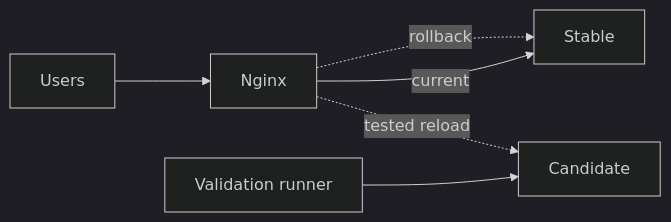
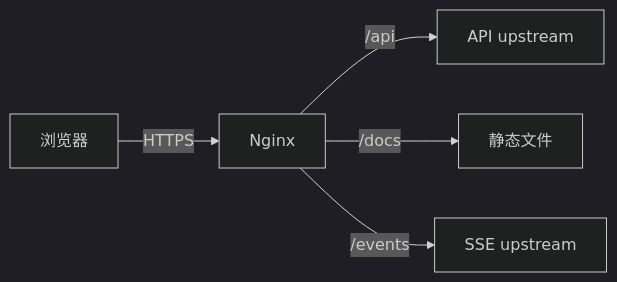
The diagram in docs/devops/nginx-reverse-proxy.md (upJiang/jiang-blog-vitepress), drawn with Mermaid (dark theme) before and after one commit. The commit also changed other lines of this file and 164 other files, not shown here.

````diff
--- a/docs/devops/nginx-reverse-proxy.md
+++ b/docs/devops/nginx-reverse-proxy.md
@@ -182,8 +22,7 @@
 ```mermaid
 flowchart LR
-  U[Users] --> N[Nginx]
-  N -->|current| S[Stable]
-  V[Validation runner] --> C[Candidate]
-  N -. tested reload .-> C
-  N -. rollback .-> S
+  B[浏览器] -->|HTTPS| N[Nginx]
+  N -->|/api| A[API upstream]
+  N -->|/docs| F[静态文件]
+  N -->|/events| S[SSE upstream]
 ```
````
